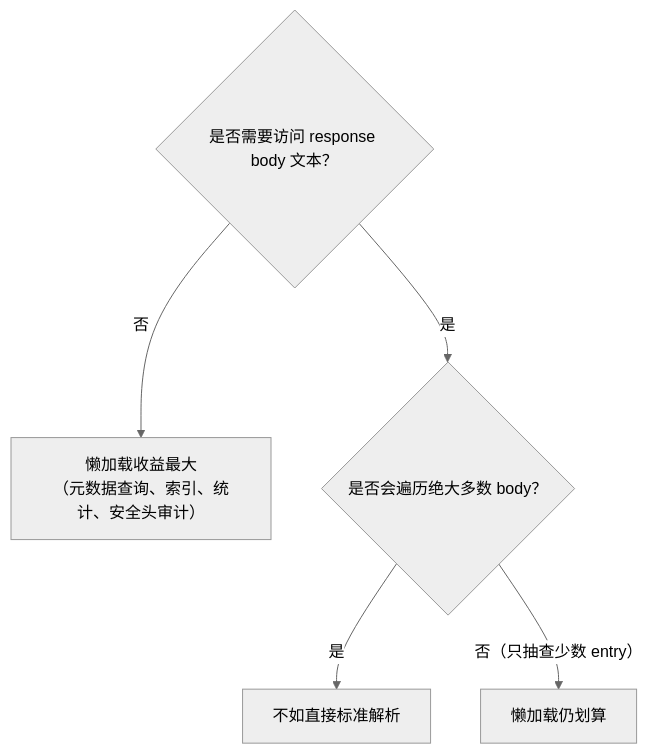
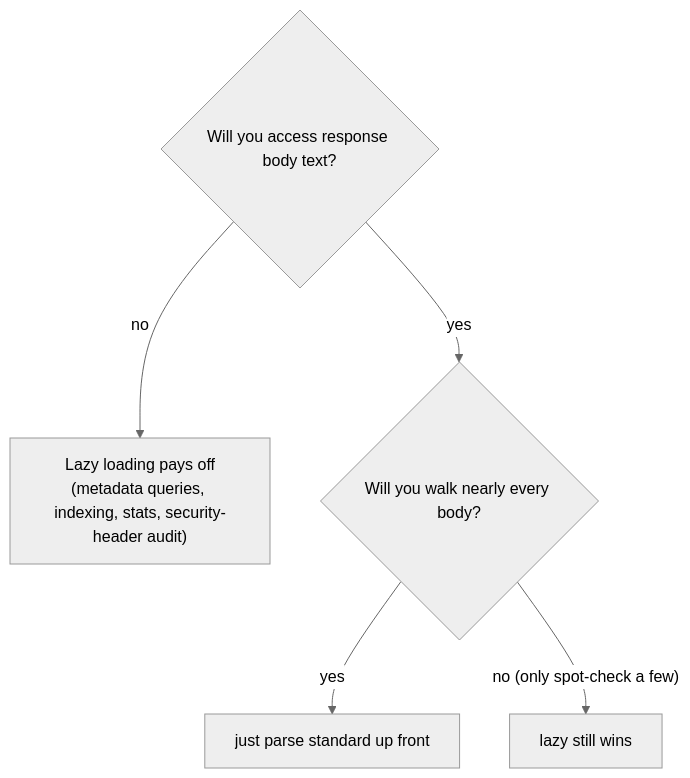
The fourth of 4 diagrams in website/zh/internals/lazy-loading.md (hitechcloud-vietnam/har-skills), drawn with Mermaid (neutral theme) before and after one commit. The commit also changed other lines of this file and 97 other files, not shown here.

````diff
--- a/website/zh/internals/lazy-loading.md
+++ b/website/zh/internals/lazy-loading.md
@@ -257,8 +257,8 @@
 ```mermaid
 flowchart TD
-  Q1{"是否需要访问 response body 文本？"}
-  Q1 -->|"否"| WIN["懒加载收益最大<br/>（元数据查询、索引、统计、安全头审计）"]
-  Q1 -->|"是"| Q2{"是否会遍历绝大多数 body？"}
-  Q2 -->|"是"| STD["不如直接标准解析"]
-  Q2 -->|"否（只抽查少数 entry）"| LAZY["懒加载仍划算"]
+  Q1{"Will you access response body text?"}
+  Q1 -->|"no"| WIN["Lazy loading pays off<br/>(metadata queries, indexing, stats, security-header audit)"]
+  Q1 -->|"yes"| Q2{"Will you walk nearly every body?"}
+  Q2 -->|"yes"| STD["just parse standard up front"]
+  Q2 -->|"no (only spot-check a few)"| LAZY["lazy still wins"]
 ```
````
